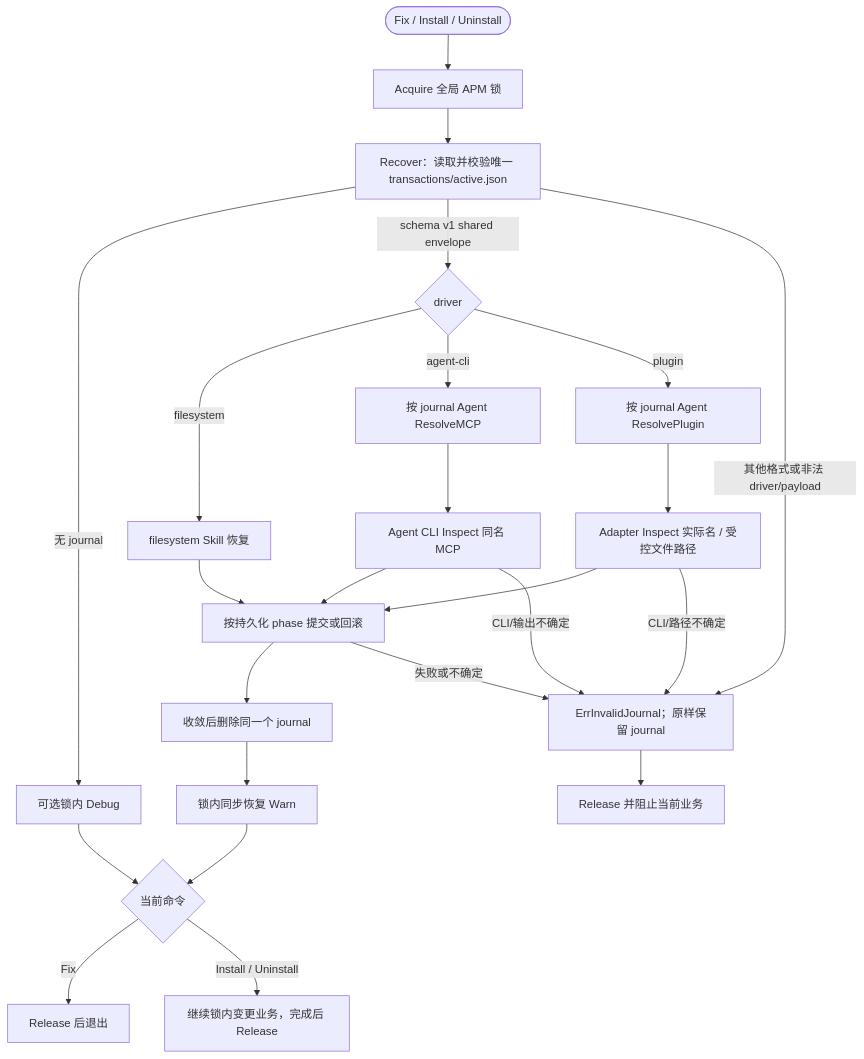
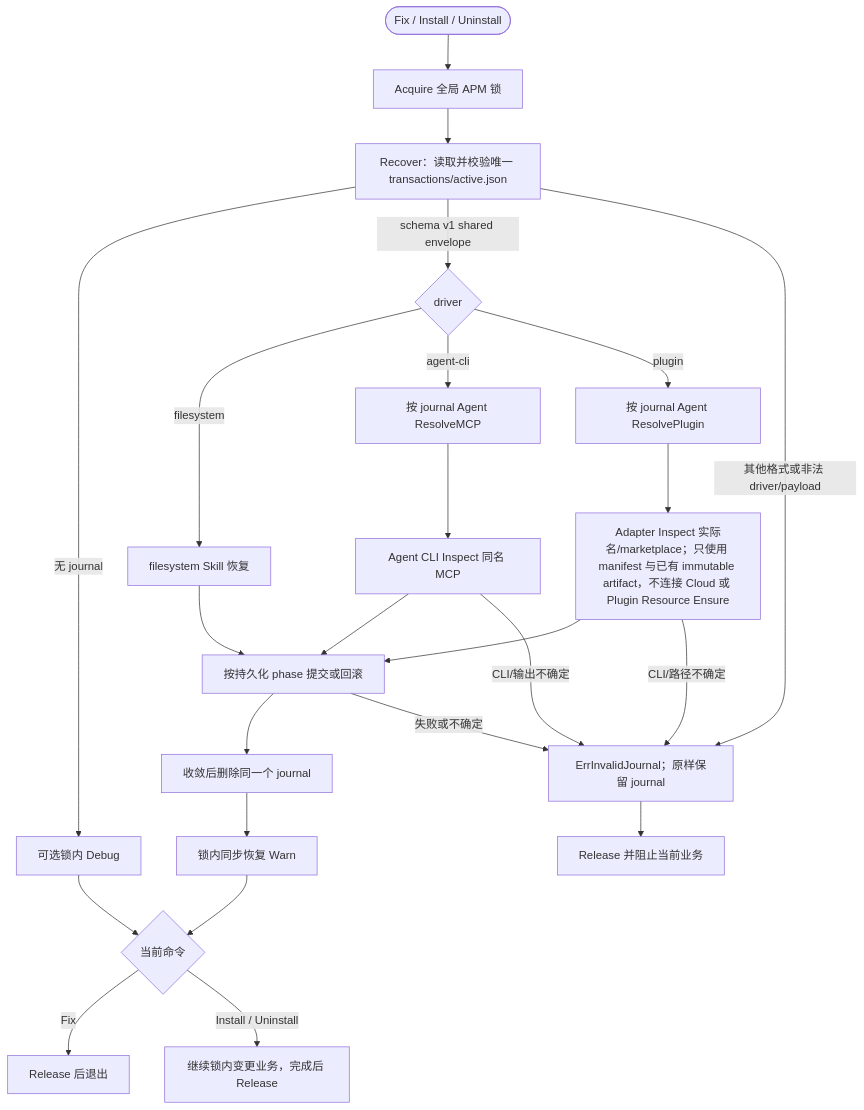
Before and after one commit to spacemit-com/agent-power-manager: the diagram in ivory-tower/c4/components/apm-cli-lifecycle-diagrams/common-journal-recovery.mmd, drawn with Mermaid. The commit also changed 12 other files, not shown here.

Commit message:
docs(plugin): document local marketplace artifacts

```diff
--- a/ivory-tower/c4/components/apm-cli-lifecycle-diagrams/common-journal-recovery.mmd
+++ b/ivory-tower/c4/components/apm-cli-lifecycle-diagrams/common-journal-recovery.mmd
@@ -1,24 +1,24 @@
 flowchart TD
     Start([Fix / Install / Uninstall]) --> Lock[Acquire 全局 APM 锁]
     Lock --> Recover[Recover：读取并校验唯一 transactions/active.json]
     Recover -->|无 journal| Debug[可选锁内 Debug]
     Recover -->|schema v1 shared envelope| Driver{driver}
     Driver -->|filesystem| FS[filesystem Skill 恢复]
     Driver -->|agent-cli| CLI[按 journal Agent ResolveMCP]
     Driver -->|plugin| Plugin[按 journal Agent ResolvePlugin]
     FS --> Converge[按持久化 phase 提交或回滚]
     CLI --> InspectMCP[Agent CLI Inspect 同名 MCP]
     InspectMCP --> Converge
-    Plugin --> InspectPlugin[Adapter Inspect 实际名 / 受控文件路径]
+    Plugin --> InspectPlugin[Adapter Inspect 实际名/marketplace；只使用 manifest 与已有 immutable artifact，不连接 Cloud 或 Plugin Resource Ensure]
     InspectPlugin --> Converge
     Converge --> Delete[收敛后删除同一个 journal]
     Delete --> Warn[锁内同步恢复 Warn]
     Debug --> Command{当前命令}
     Warn --> Command
     Command -->|Fix| FixRelease[Release 后退出]
     Command -->|Install / Uninstall| Business[继续锁内变更业务，完成后 Release]
     Recover -->|其他格式或非法 driver/payload| Fail[ErrInvalidJournal；原样保留 journal]
     InspectMCP -->|CLI/输出不确定| Fail
     InspectPlugin -->|CLI/路径不确定| Fail
     Converge -->|失败或不确定| Fail
     Fail --> ErrorRelease[Release 并阻止当前业务]
```
